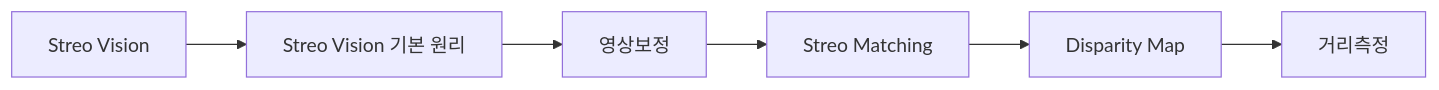
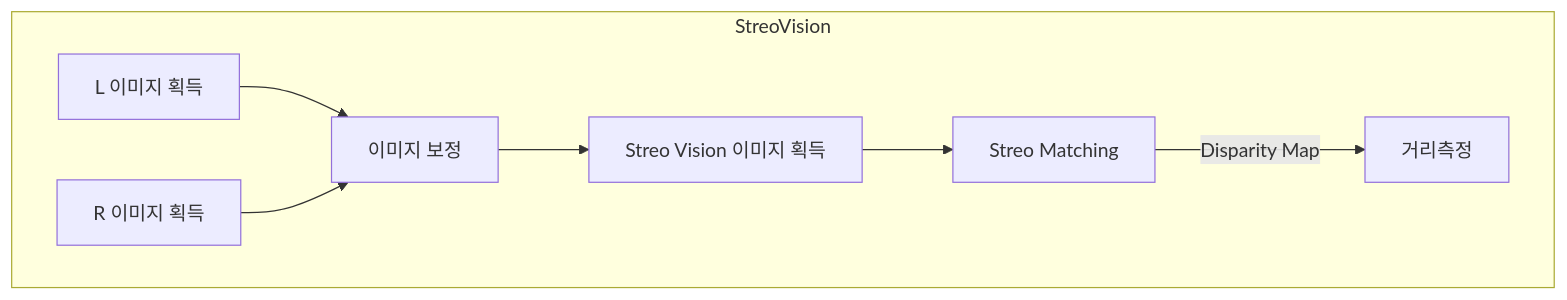
The second of 2 diagrams in 1. StreoVision/README.md (SagiK-Repository/StereoVision), drawn with Mermaid before and after one commit. The commit also changed other lines of this file, not shown here.

````diff
--- a/1. StreoVision/README.md
+++ b/1. StreoVision/README.md
@@ -31,9 +50,10 @@
 ```mermaid
 flowchart LR
-D["Streo Vision"]
-D --> A_1["Streo Vision 기본 원리"] 
-A_1 --> A_2["영상보정"]
-A_2 --> A_3["Streo Matching"]
-A_3 --> A_4["Disparity Map"]
-A_4 --> A_5["거리측정"]
+subgraph ide1 [StreoVision]
+direction LR
+LR_1["L 이미지 획득"] & LR_2["R 이미지 획득"] --> A_1
+A_1["이미지 보정"]
+A_1 --> A_2["Streo Vision 이미지 획득"]
+A_2 --> A_3["Streo Matching"] --"Disparity Map"--> A_5["거리측정"]
+end
 ```
````
